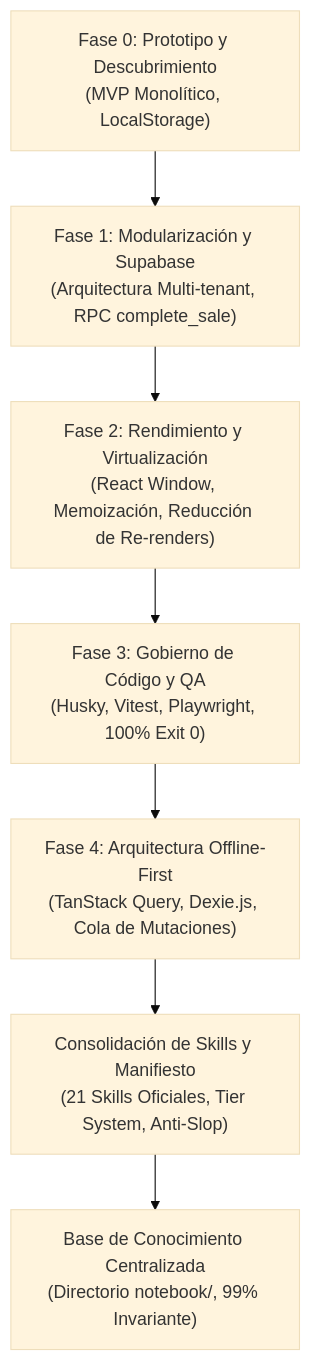
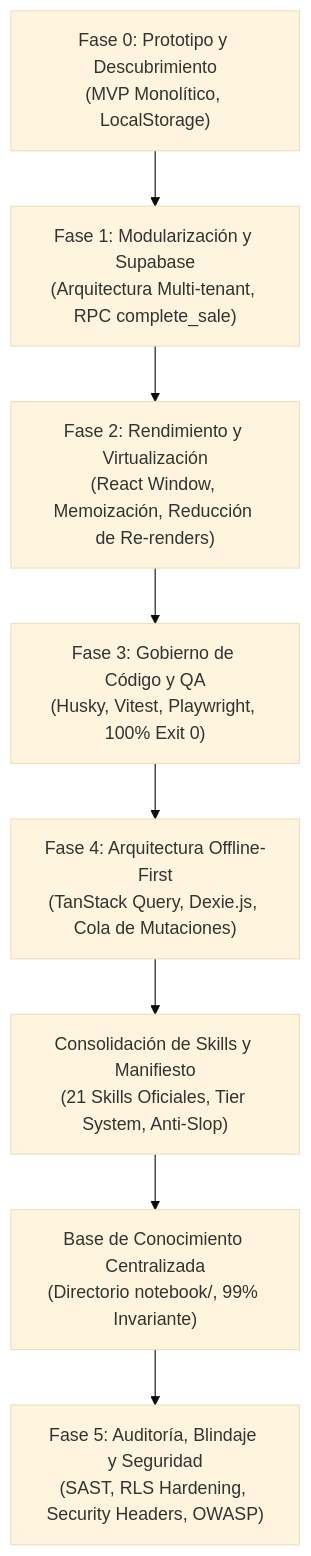
Before and after one commit to s3b4s-30/quiral-POS: the diagram in notebook/07_HISTORIAL_DE_CAMBIOS_Y_DECISIONES/01_HISTORIAL_DE_FASES.md, drawn with Mermaid (base theme). The commit also changed other lines of this file and 3 other files, not shown here.

Commit message:
feat(security): implement Phase 5 security hardening, CSP/HSTS headers, and Supabase RPC access control

````diff
--- a/notebook/07_HISTORIAL_DE_CAMBIOS_Y_DECISIONES/01_HISTORIAL_DE_FASES.md
+++ b/notebook/07_HISTORIAL_DE_CAMBIOS_Y_DECISIONES/01_HISTORIAL_DE_FASES.md
@@ -11,9 +11,10 @@
 ```mermaid
 flowchart TD
   F0["Fase 0: Prototipo y Descubrimiento<br/>(MVP Monolítico, LocalStorage)"] --> F1["Fase 1: Modularización y Supabase<br/>(Arquitectura Multi-tenant, RPC complete_sale)"]
   F1 --> F2["Fase 2: Rendimiento y Virtualización<br/>(React Window, Memoización, Reducción de Re-renders)"]
   F2 --> F3["Fase 3: Gobierno de Código y QA<br/>(Husky, Vitest, Playwright, 100% Exit 0)"]
   F3 --> F4["Fase 4: Arquitectura Offline-First<br/>(TanStack Query, Dexie.js, Cola de Mutaciones)"]
   F4 --> FC["Consolidación de Skills y Manifiesto<br/>(21 Skills Oficiales, Tier System, Anti-Slop)"]
   FC --> FN["Base de Conocimiento Centralizada<br/>(Directorio notebook/, 99% Invariante)"]
+  FN --> F5["Fase 5: Auditoría, Blindaje y Seguridad<br/>(SAST, RLS Hardening, Security Headers, OWASP)"]
 ```
````
